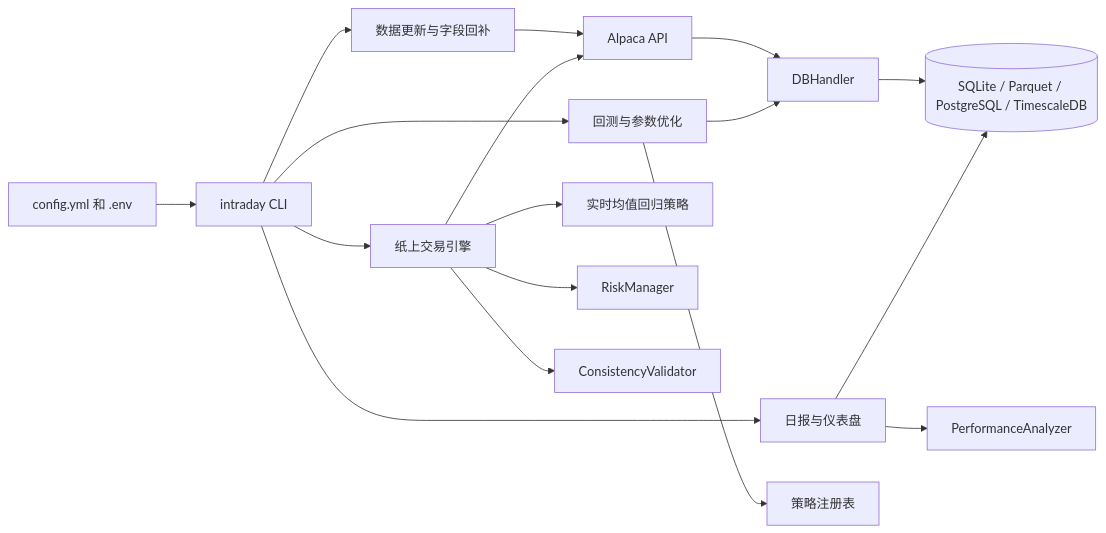
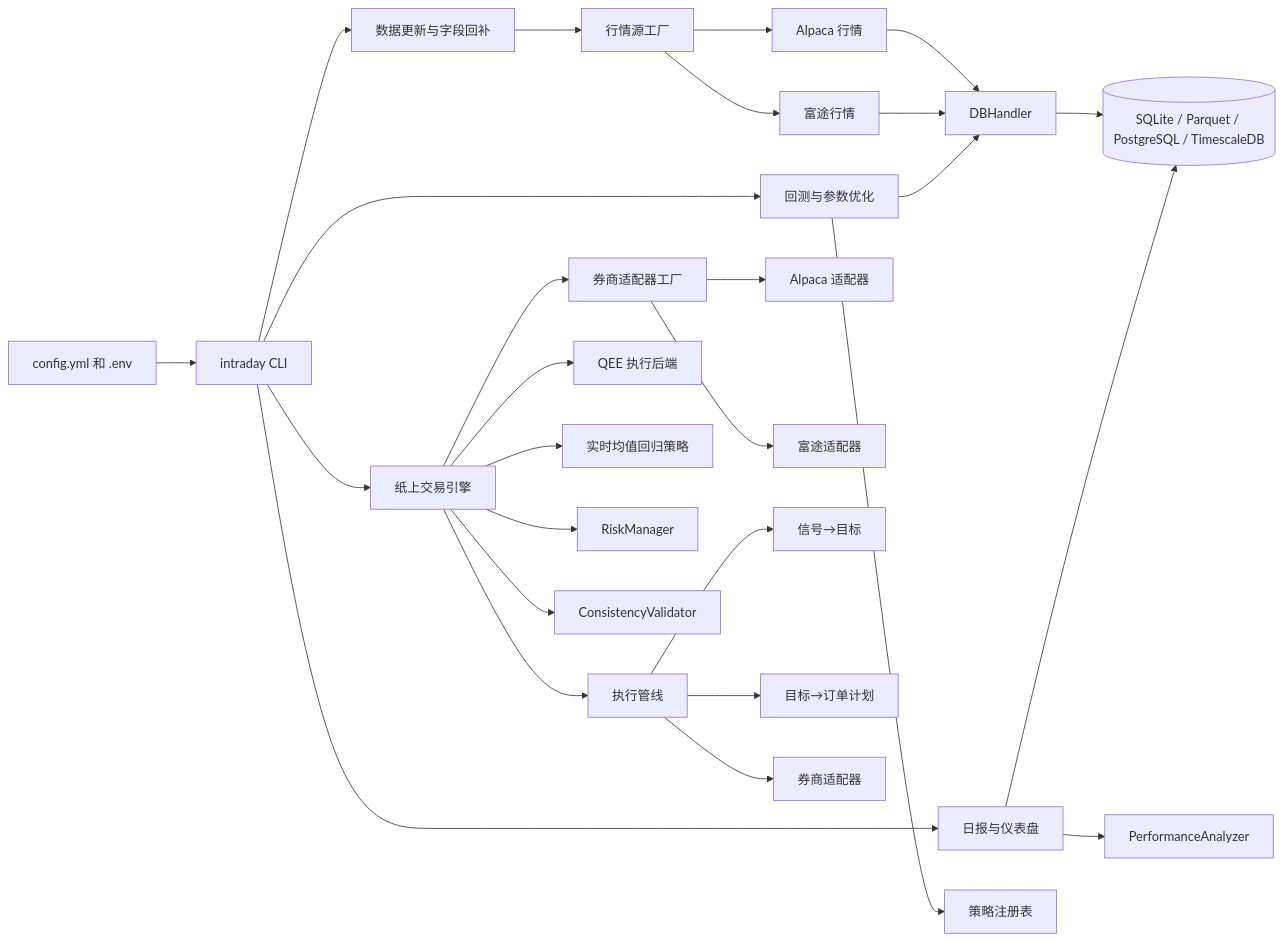
Before and after one commit to runchengxie/intraday-trader: the diagram in README.md, drawn with Mermaid. The commit also changed other lines of this file and 4 other files, not shown here.

Commit message:
docs: reflect multi-broker, multi-provider, execution pipeline, QEE backend; polish language for native Chinese readability

````diff
--- a/README.md
+++ b/README.md
@@ -61,21 +84,35 @@
 ```mermaid
 flowchart LR
     Config[config.yml 和 .env] --> CLI[intraday CLI]
     CLI --> Backtest[回测与参数优化]
     CLI --> DataJob[数据更新与字段回补]
     CLI --> Live[纸上交易引擎]
     CLI --> Report[日报与仪表盘]
 
-    DataJob --> Alpaca[Alpaca API]
-    Live --> Alpaca
-    Alpaca --> DataLayer[DBHandler]
+    DataJob --> ProviderFactory[行情源工厂]
+    ProviderFactory --> AlpacaMD[Alpaca 行情]
+    ProviderFactory --> FutuMD[富途行情]
+
+    Live --> BrokerFactory[券商适配器工厂]
+    BrokerFactory --> AlpacaBroker[Alpaca 适配器]
+    BrokerFactory --> FutuBroker[富途适配器]
+
+    Live --> ExecPipeline[执行管线]
+    ExecPipeline --> Targets[信号→目标]
+    ExecPipeline --> OrderPlan[目标→订单计划]
+    ExecPipeline --> BrokerAdapter[券商适配器]
+
+    Live --> QEEBackend[QEE 执行后端]
+
+    AlpacaMD --> DataLayer[DBHandler]
+    FutuMD --> DataLayer
     Backtest --> DataLayer
     DataLayer --> Storage[(SQLite / Parquet / PostgreSQL / TimescaleDB)]
 
     Backtest --> Strategies[策略注册表]
     Live --> LiveStrategy[实时均值回归策略]
     Live --> Risk[RiskManager]
     Live --> Validator[ConsistencyValidator]
     Report --> Analyzer[PerformanceAnalyzer]
     Report --> Storage
 ```
````
